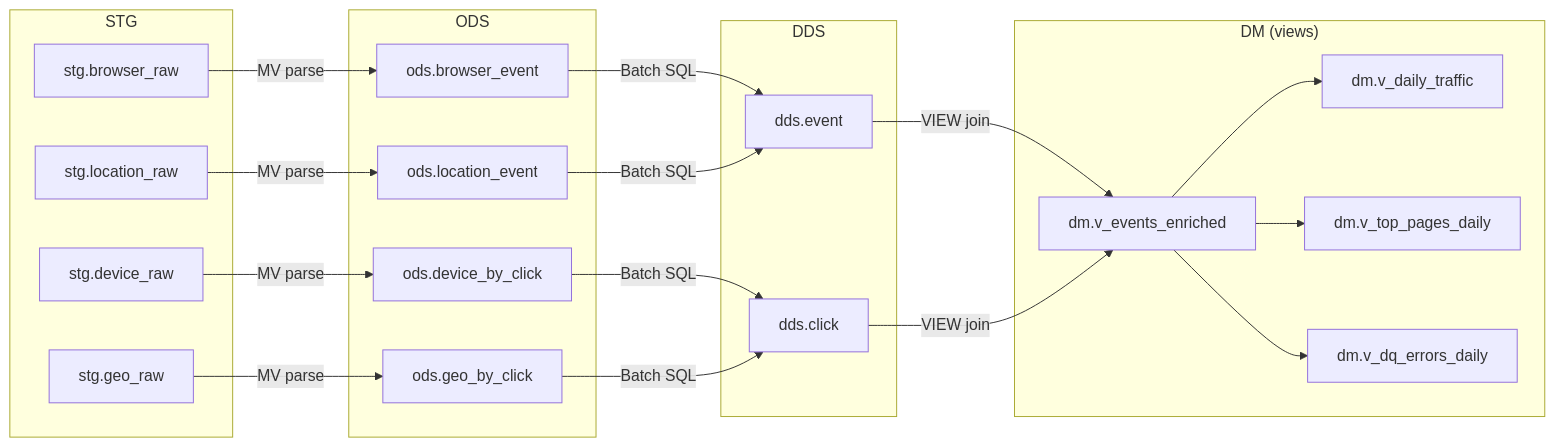
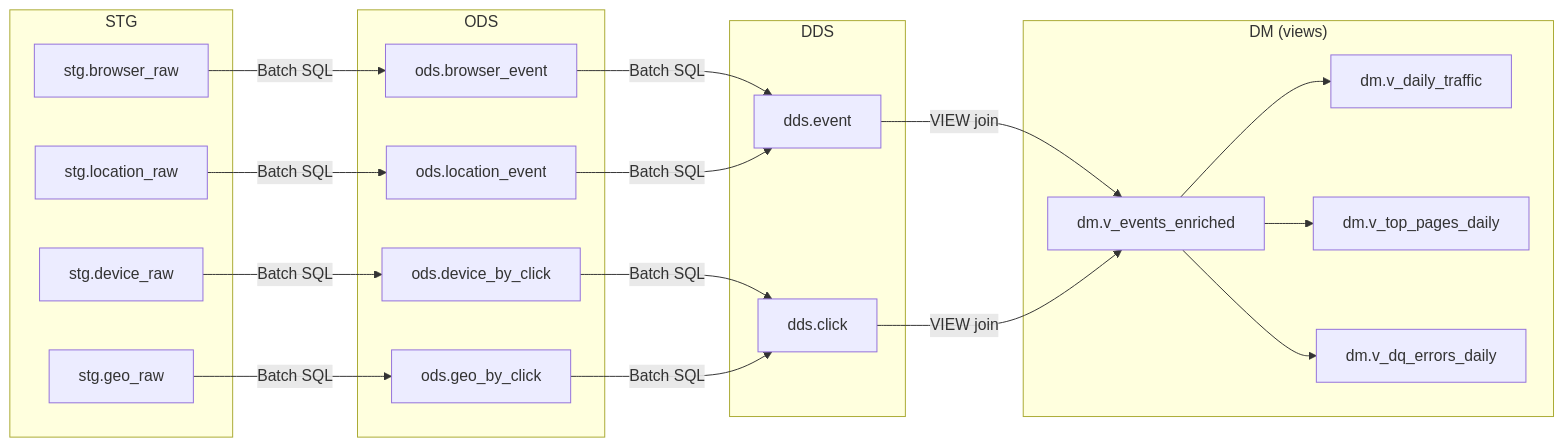
The diagram in plans/clickhouse_ddl.md (dementev-dev/clickstream-ch-kafka-superset-demo), drawn with Mermaid before and after one commit. The commit also changed other lines of this file and 9 other files, not shown here.

Commit message:
Move STG->ODS to Airflow batch and align monitoring

````diff
--- a/plans/clickhouse_ddl.md
+++ b/plans/clickhouse_ddl.md
@@ -50,46 +50,46 @@
 ```mermaid
 flowchart LR
   subgraph STG
     stg_browser[stg.browser_raw]
     stg_location[stg.location_raw]
     stg_device[stg.device_raw]
     stg_geo[stg.geo_raw]
   end
 
   subgraph ODS
     ods_browser[ods.browser_event]
     ods_location[ods.location_event]
     ods_device[ods.device_by_click]
     ods_geo[ods.geo_by_click]
   end
 
   subgraph DDS
     dds_event[dds.event]
     dds_click[dds.click]
   end
 
   subgraph DM["DM (views)"]
     v_enriched[dm.v_events_enriched]
     v_daily[dm.v_daily_traffic]
     v_pages[dm.v_top_pages_daily]
     v_dq[dm.v_dq_errors_daily]
   end
 
-  stg_browser -->|MV parse| ods_browser
-  stg_location -->|MV parse| ods_location
-  stg_device -->|MV parse| ods_device
-  stg_geo -->|MV parse| ods_geo
+  stg_browser -->|Batch SQL| ods_browser
+  stg_location -->|Batch SQL| ods_location
+  stg_device -->|Batch SQL| ods_device
+  stg_geo -->|Batch SQL| ods_geo
 
   ods_browser -->|Batch SQL| dds_event
   ods_location -->|Batch SQL| dds_event
 
   ods_device -->|Batch SQL| dds_click
   ods_geo -->|Batch SQL| dds_click
 
   dds_event -->|VIEW join| v_enriched
   dds_click -->|VIEW join| v_enriched
 
   v_enriched --> v_daily
   v_enriched --> v_pages
   v_enriched --> v_dq
 ```
````
